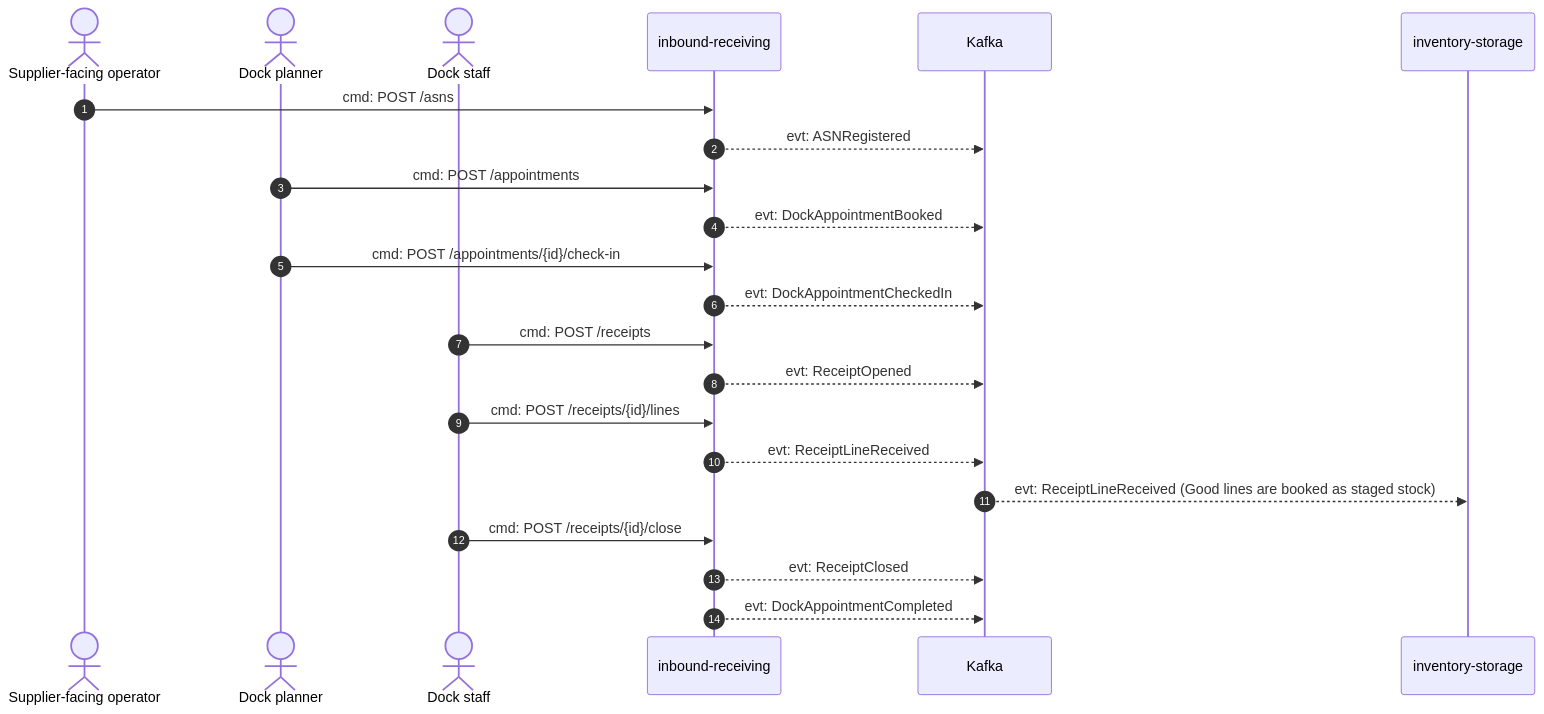
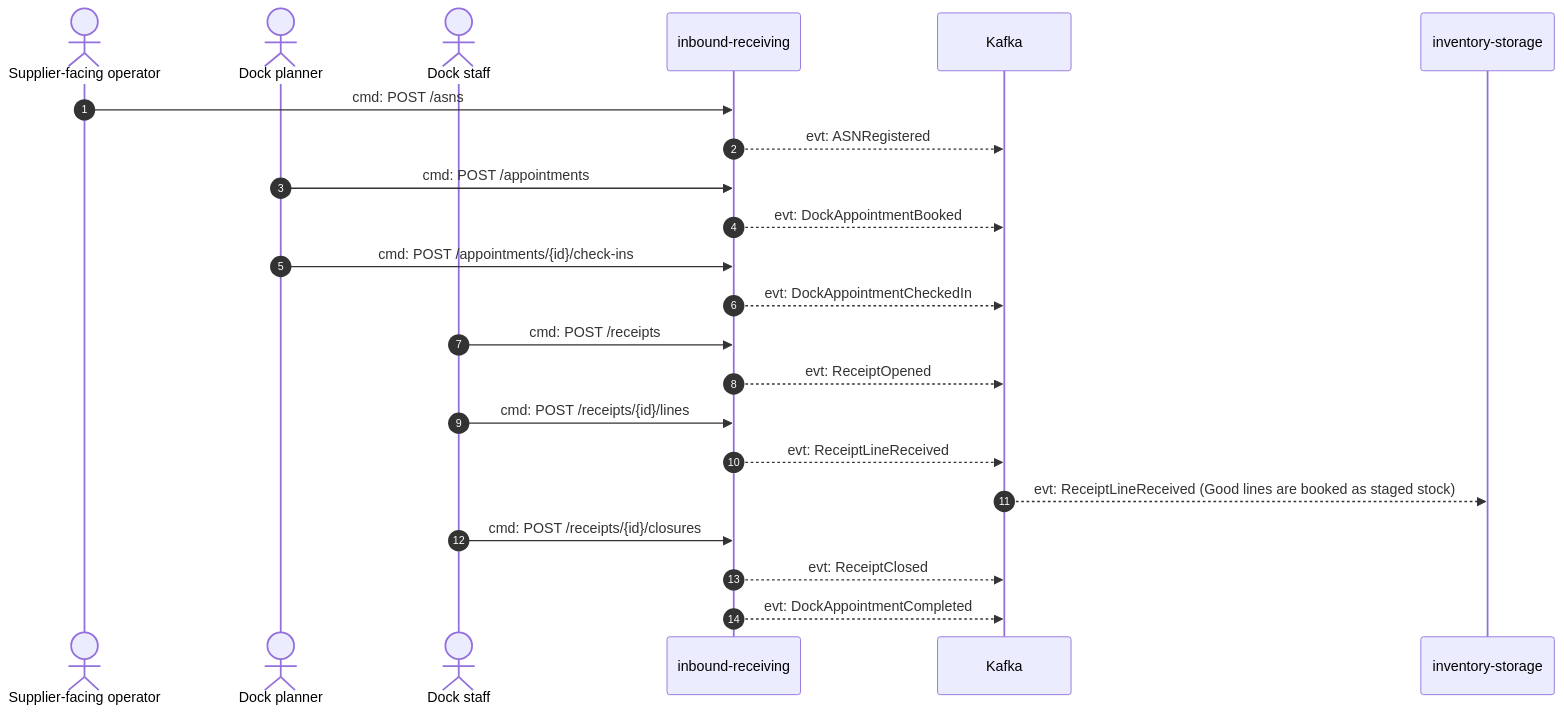
The first of 3 diagrams in docs/contexts/inbound-receiving/domain-message-flow.md (IQVO/warehouse-docs), drawn with Mermaid before and after one commit. The commit also changed other lines of this file and 272 other files, not shown here.

````diff
--- a/docs/contexts/inbound-receiving/domain-message-flow.md
+++ b/docs/contexts/inbound-receiving/domain-message-flow.md
@@ -21,25 +21,25 @@
 ```mermaid
 sequenceDiagram
   autonumber
   actor Sup as Supplier-facing operator
   actor Plan as Dock planner
   actor Dock as Dock staff
   participant IR as inbound-receiving
   participant K as Kafka
   participant INV as inventory-storage
 
   Sup->>IR: cmd: POST /asns
   IR-->>K: evt: ASNRegistered
   Plan->>IR: cmd: POST /appointments
   IR-->>K: evt: DockAppointmentBooked
-  Plan->>IR: cmd: POST /appointments/{id}/check-in
+  Plan->>IR: cmd: POST /appointments/{id}/check-ins
   IR-->>K: evt: DockAppointmentCheckedIn
   Dock->>IR: cmd: POST /receipts
   IR-->>K: evt: ReceiptOpened
   Dock->>IR: cmd: POST /receipts/{id}/lines
   IR-->>K: evt: ReceiptLineReceived
   K-->>INV: evt: ReceiptLineReceived (Good lines are booked as staged stock)
-  Dock->>IR: cmd: POST /receipts/{id}/close
+  Dock->>IR: cmd: POST /receipts/{id}/closures
   IR-->>K: evt: ReceiptClosed
   IR-->>K: evt: DockAppointmentCompleted
 ```
````
